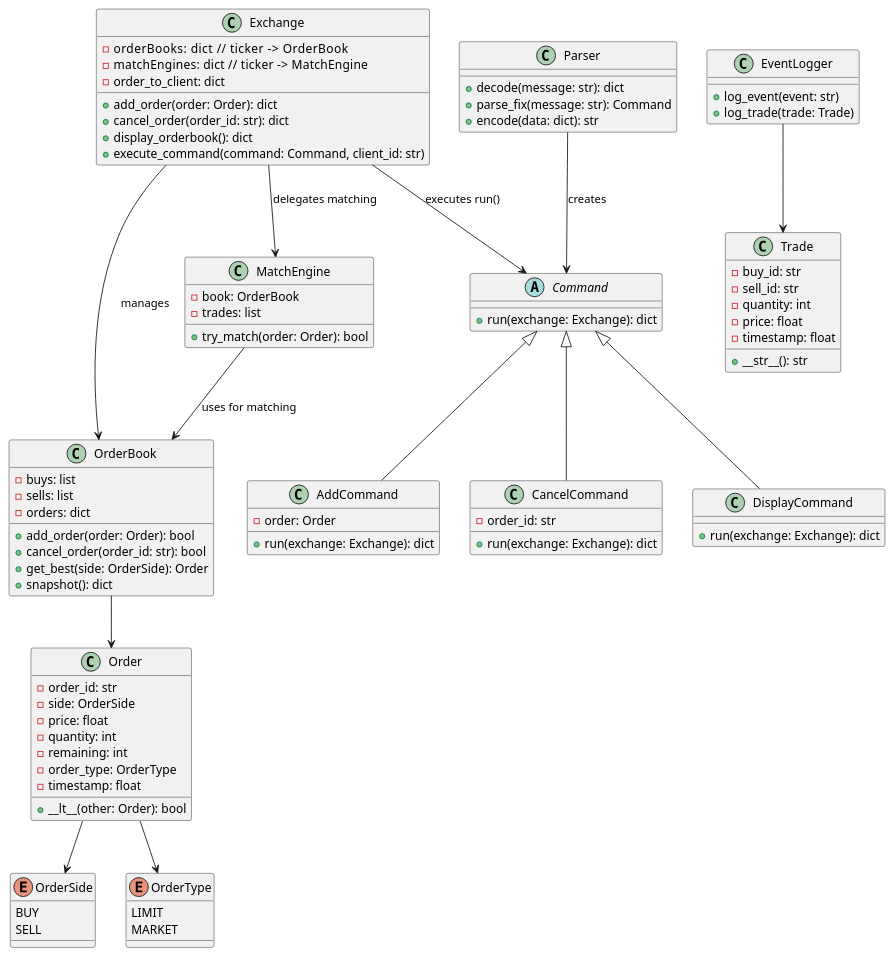
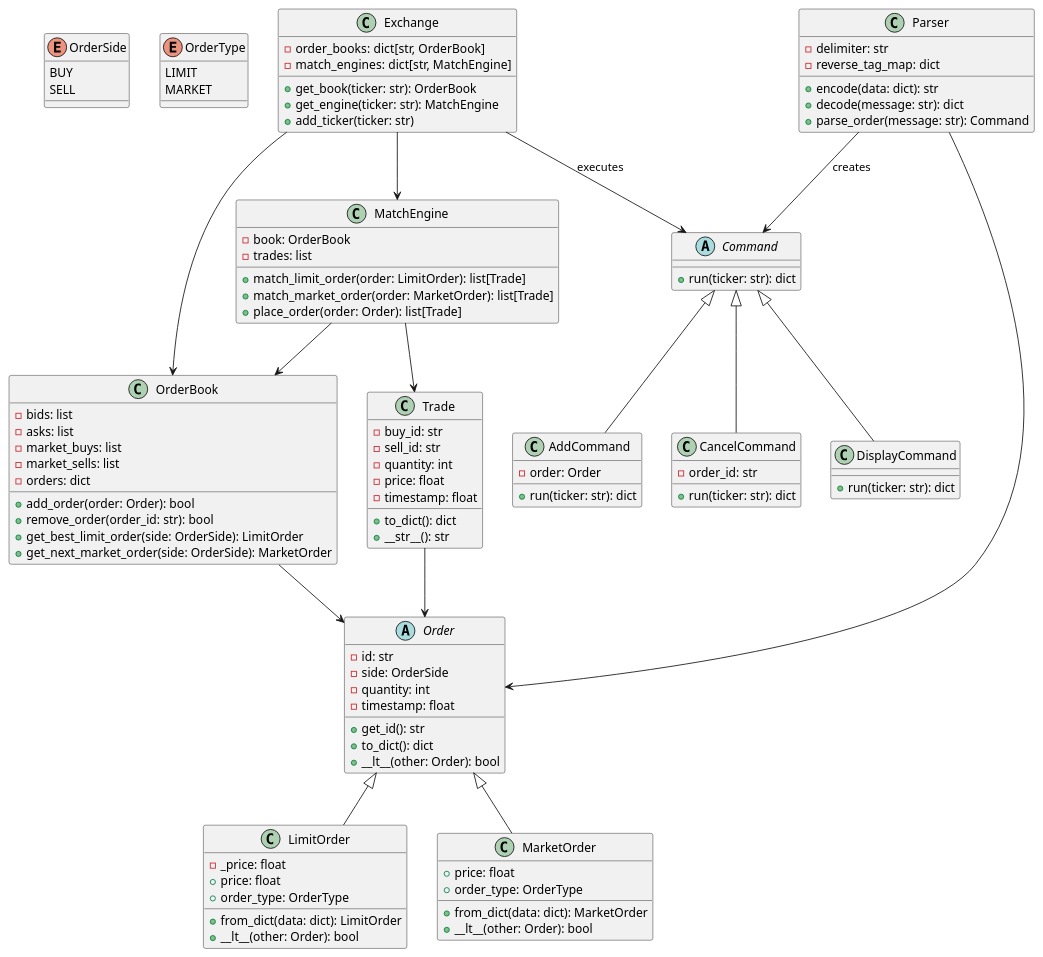
Before and after one commit to nanoXchange/nanoXchange-py: the diagram in docs/diagrams/ModelClassDiagram.puml, drawn with PlantUML. The commit also changed 4 other files, not shown here.

Commit message:
Update UML models

```diff
--- a/docs/diagrams/ModelClassDiagram.puml
+++ b/docs/diagrams/ModelClassDiagram.puml
@@ -1,102 +1,132 @@
-@startuml Order Book Class Diagram
+@startuml Updated Order Book Class Diagram
 
+' ==== ENUMS ====
 enum OrderSide {
   BUY
   SELL
 }
 
 enum OrderType {
   LIMIT
   MARKET
 }
 
-class Order {
-  - order_id: str
+' ==== BASE ORDER CLASSES ====
+abstract class Order {
+  - id: str
   - side: OrderSide
-  - price: float
   - quantity: int
-  - remaining: int
-  - order_type: OrderType
   - timestamp: float
+  + get_id(): str
+  + to_dict(): dict
   + __lt__(other: Order): bool
 }
 
+class LimitOrder {
+  - _price: float
+  + price: float
+  + order_type: OrderType
+  + from_dict(data: dict): LimitOrder
+  + __lt__(other: Order): bool
+}
+
+class MarketOrder {
+  + price: float
+  + order_type: OrderType
+  + from_dict(data: dict): MarketOrder
+  + __lt__(other: Order): bool
+}
+
+Order <|-- LimitOrder
+Order <|-- MarketOrder
+
+' ==== TRADE ====
 class Trade {
   - buy_id: str
   - sell_id: str
   - quantity: int
   - price: float
   - timestamp: float
+  + to_dict(): dict
   + __str__(): str
 }
 
+Trade --> Order
+
+' ==== ORDER BOOK ====
 class OrderBook {
-  - buys: list
-  - sells: list
+  - bids: list
+  - asks: list
+  - market_buys: list
+  - market_sells: list
   - orders: dict
   + add_order(order: Order): bool
-  + cancel_order(order_id: str): bool
-  + get_best(side: OrderSide): Order
-  + snapshot(): dict
+  + remove_order(order_id: str): bool
+  + get_best_limit_order(side: OrderSide): LimitOrder
+  + get_next_market_order(side: OrderSide): MarketOrder
 }
 
+OrderBook --> Order
+
+' ==== MATCH ENGINE ====
 class MatchEngine {
   - book: OrderBook
   - trades: list
-  + try_match(order: Order): bool
+  + match_limit_order(order: LimitOrder): list[Trade]
+  + match_market_order(order: MarketOrder): list[Trade]
+  + place_order(order: Order): list[Trade]
 }
 
-class EventLogger {
-  + log_event(event: str)
-  + log_trade(trade: Trade)
+MatchEngine --> OrderBook
+MatchEngine --> Trade
+
+' ==== EXCHANGE ====
+class Exchange {
+  - order_books: dict[str, OrderBook]
+  - match_engines: dict[str, MatchEngine]
+  + get_book(ticker: str): OrderBook
+  + get_engine(ticker: str): MatchEngine
+  + add_ticker(ticker: str)
 }
 
-class Exchange {
-  - orderBooks: dict      // ticker -> OrderBook
-  - matchEngines: dict    // ticker -> MatchEngine
-  - order_to_client: dict
-  + add_order(order: Order): dict
-  + cancel_order(order_id: str): dict
-  + display_orderbook(): dict
-  + execute_command(command: Command, client_id: str)
-}
+Exchange --> OrderBook
+Exchange --> MatchEngine
 
+' ==== COMMAND SYSTEM ====
 abstract class Command {
-  + run(exchange: Exchange): dict
+  + run(ticker: str): dict
 }
 
 class AddCommand {
   - order: Order
-  + run(exchange: Exchange): dict
+  + run(ticker: str): dict
 }
 
 class CancelCommand {
   - order_id: str
-  + run(exchange: Exchange): dict
+  + run(ticker: str): dict
 }
 
 class DisplayCommand {
-  + run(exchange: Exchange): dict
+  + run(ticker: str): dict
 }
 
-class Parser {
-  + decode(message: str): dict
-  + parse_fix(message: str): Command
-  + encode(data: dict): str
-}
-
-Parser --> Command : "creates"
-Exchange --> Command : "executes run()"
 Command <|-- AddCommand
 Command <|-- CancelCommand
 Command <|-- DisplayCommand
 
-Exchange --> OrderBook : "manages"
-Exchange --> MatchEngine : "delegates matching"
-MatchEngine --> OrderBook : "uses for matching"
-EventLogger --> Trade
-OrderBook --> Order
-Order --> OrderSide
-Order --> OrderType
+Exchange --> Command : executes
+
+' ==== PARSER ====
+class Parser {
+  - delimiter: str
+  - reverse_tag_map: dict
+  + encode(data: dict): str
+  + decode(message: str): dict
+  + parse_order(message: str): Command
+}
+
+Parser --> Command : creates
+Parser --> Order
 
 @enduml
```
